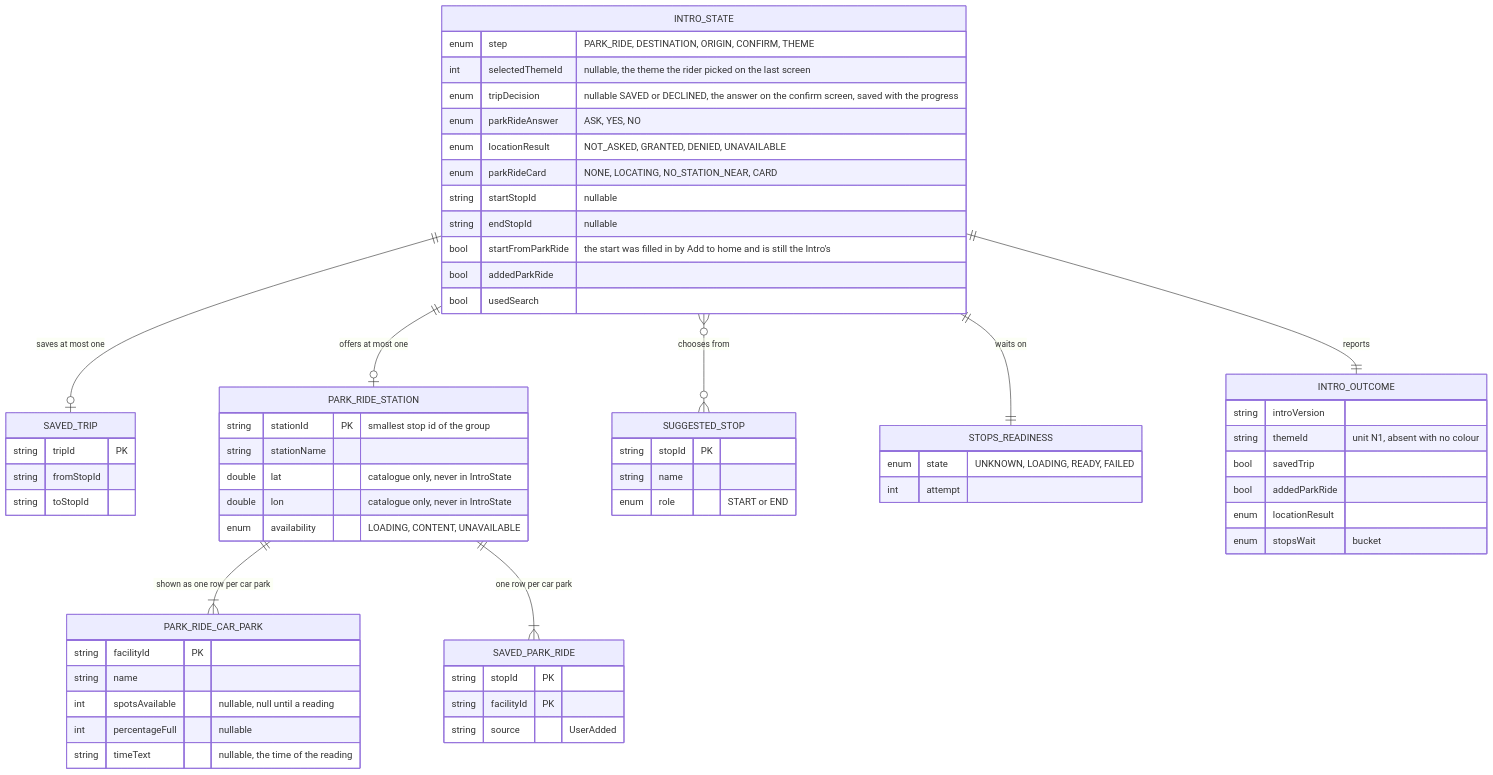
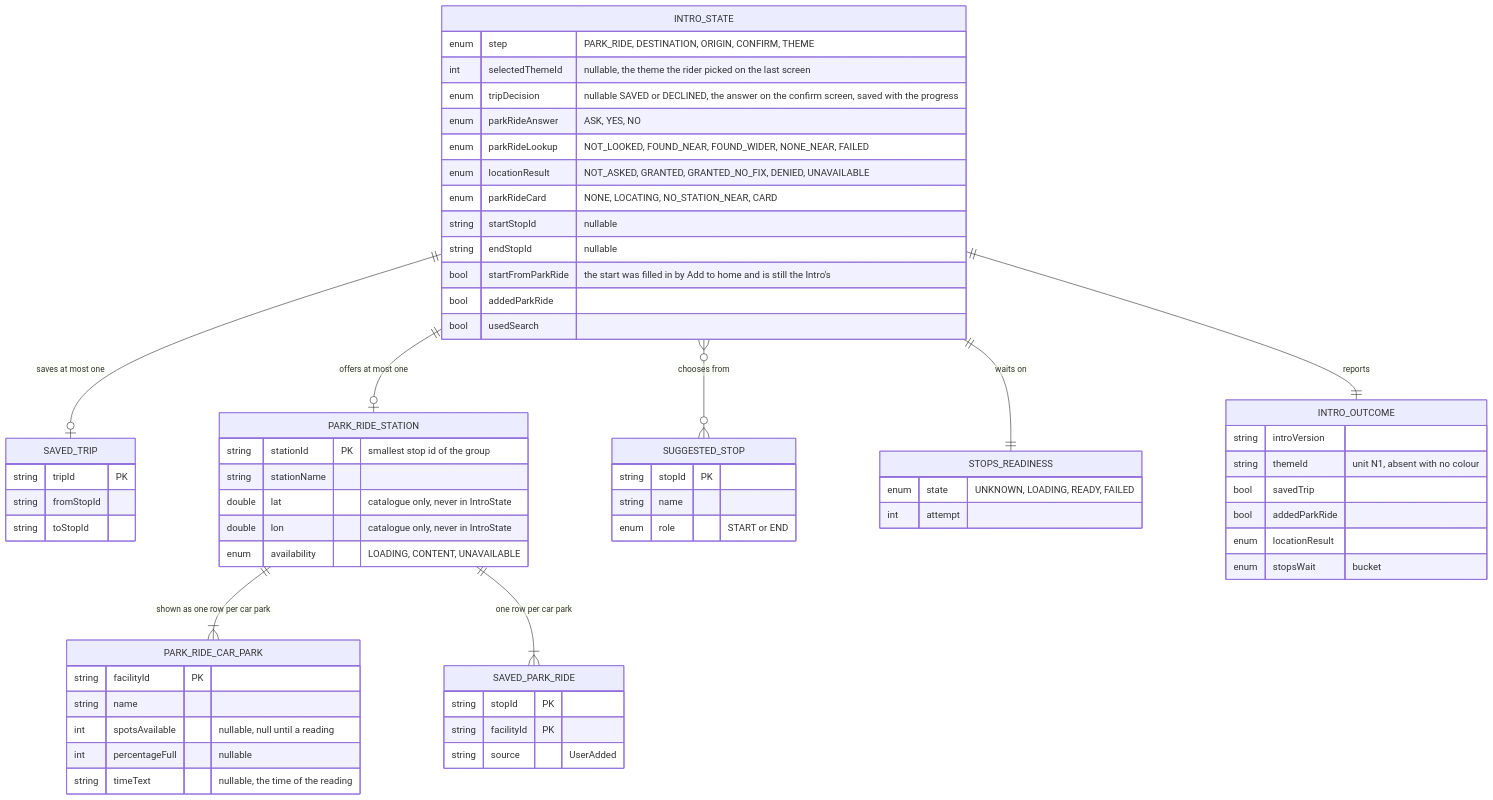
One commit to ksharma-xyz/KRAIL changed the first of 4 diagrams in docs/features/intro/ERD.md. Above: the diagram before and after it, drawn with Mermaid. The commit also changed other lines of this file and 5 other files, not shown here.

````diff
--- a/docs/features/intro/ERD.md
+++ b/docs/features/intro/ERD.md
@@ -36,64 +36,65 @@
 ```mermaid
 erDiagram
     INTRO_STATE ||--o| SAVED_TRIP : "saves at most one"
     INTRO_STATE ||--o| PARK_RIDE_STATION : "offers at most one"
     PARK_RIDE_STATION ||--|{ PARK_RIDE_CAR_PARK : "shown as one row per car park"
     PARK_RIDE_STATION ||--|{ SAVED_PARK_RIDE : "one row per car park"
     INTRO_STATE }o--o{ SUGGESTED_STOP : "chooses from"
     INTRO_STATE ||--|| STOPS_READINESS : "waits on"
     INTRO_STATE ||--|| INTRO_OUTCOME : "reports"
     INTRO_STATE {
         enum step "PARK_RIDE, DESTINATION, ORIGIN, CONFIRM, THEME"
         int selectedThemeId "nullable, the theme the rider picked on the last screen"
         enum tripDecision "nullable SAVED or DECLINED, the answer on the confirm screen, saved with the progress"
         enum parkRideAnswer "ASK, YES, NO"
-        enum locationResult "NOT_ASKED, GRANTED, DENIED, UNAVAILABLE"
+        enum parkRideLookup "NOT_LOOKED, FOUND_NEAR, FOUND_WIDER, NONE_NEAR, FAILED"
+        enum locationResult "NOT_ASKED, GRANTED, GRANTED_NO_FIX, DENIED, UNAVAILABLE"
         enum parkRideCard "NONE, LOCATING, NO_STATION_NEAR, CARD"
         string startStopId "nullable"
         string endStopId "nullable"
         bool startFromParkRide "the start was filled in by Add to home and is still the Intro's"
         bool addedParkRide
         bool usedSearch
     }
     SUGGESTED_STOP {
         string stopId PK
         string name
         enum role "START or END"
     }
     PARK_RIDE_STATION {
         string stationId PK "smallest stop id of the group"
         string stationName
         double lat "catalogue only, never in IntroState"
         double lon "catalogue only, never in IntroState"
         enum availability "LOADING, CONTENT, UNAVAILABLE"
     }
     PARK_RIDE_CAR_PARK {
         string facilityId PK
         string name
         int spotsAvailable "nullable, null until a reading"
         int percentageFull "nullable"
         string timeText "nullable, the time of the reading"
     }
     SAVED_PARK_RIDE {
         string stopId PK
         string facilityId PK
         string source "UserAdded"
     }
     SAVED_TRIP {
         string tripId PK
         string fromStopId
         string toStopId
     }
     STOPS_READINESS {
         enum state "UNKNOWN, LOADING, READY, FAILED"
         int attempt
     }
     INTRO_OUTCOME {
         string introVersion
         string themeId "unit N1, absent with no colour"
         bool savedTrip
         bool addedParkRide
         enum locationResult
         enum stopsWait "bucket"
     }
 ```
````
